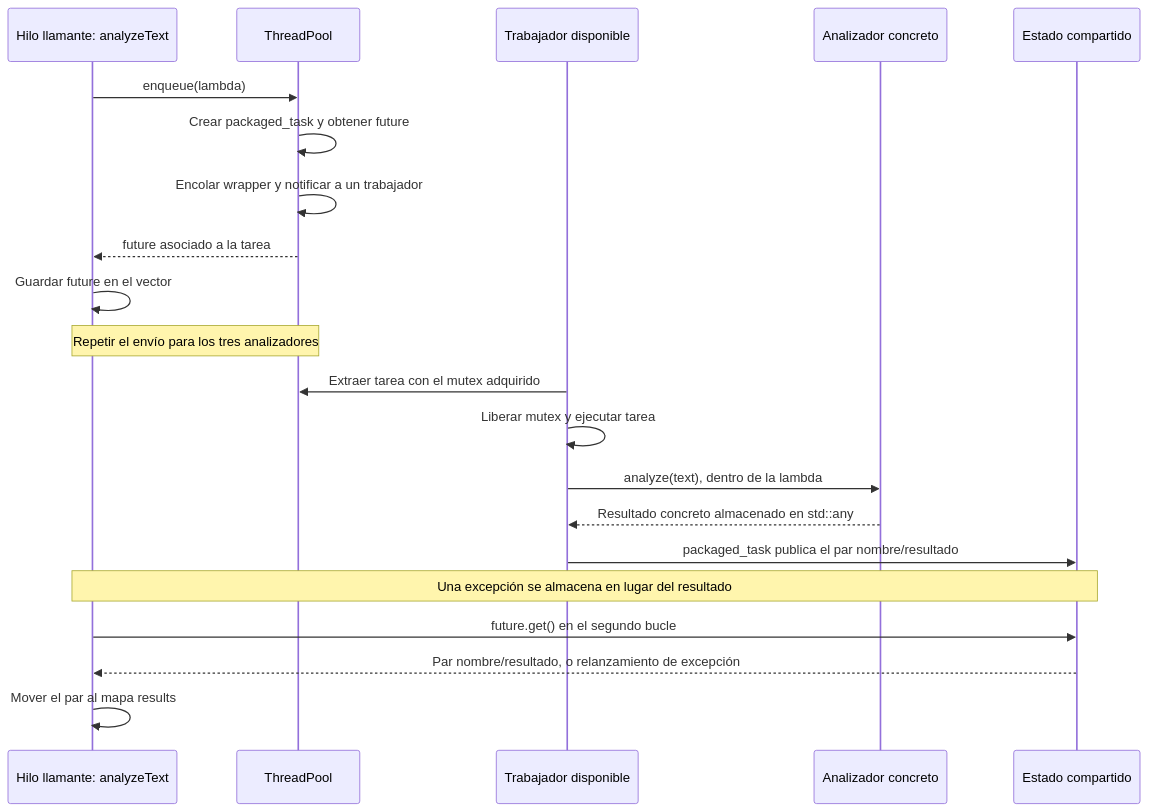
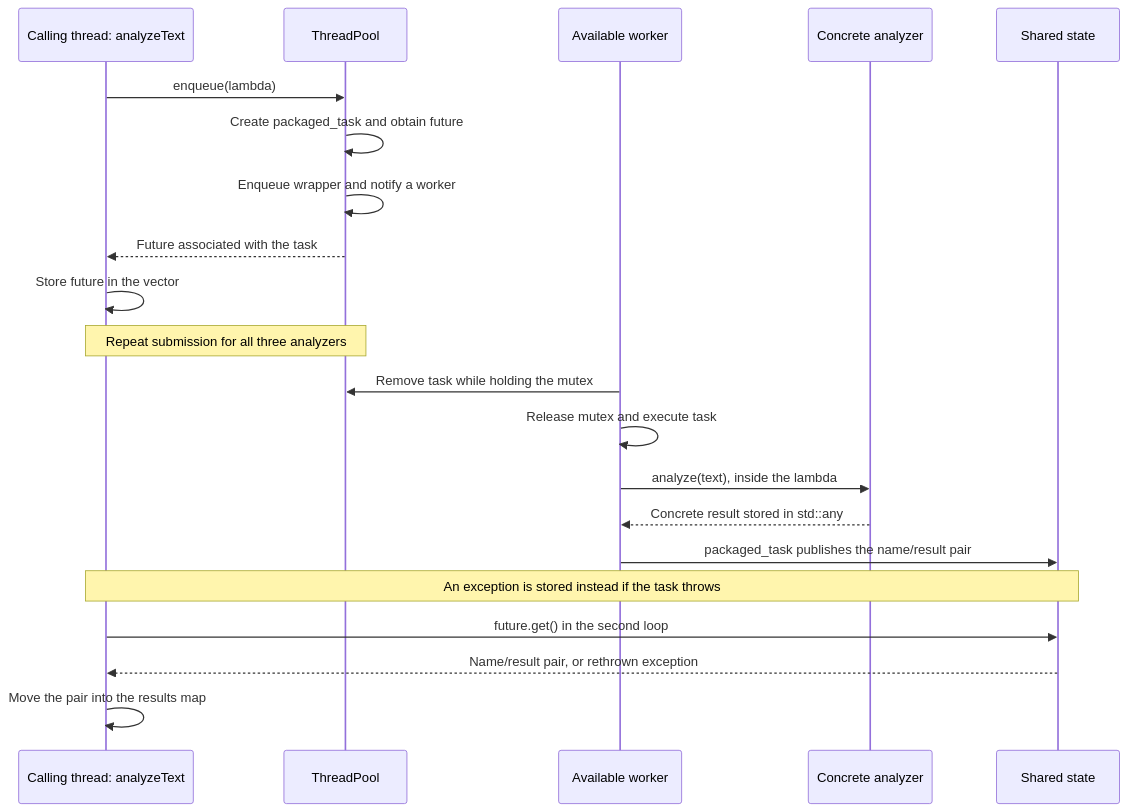
The fourth of 4 diagrams in TextAnalyzer/doc/TextAnalysisSystem_flow.md (RobertoVelazquezGit/AdvancedCppMod5Capstone), drawn with Mermaid before and after one commit. The commit also changed other lines of this file, not shown here.

Commit message:
Flow diagram english

````diff
--- a/TextAnalyzer/doc/TextAnalysisSystem_flow.md
+++ b/TextAnalyzer/doc/TextAnalysisSystem_flow.md
@@ -104,23 +104,23 @@
 ```mermaid
 sequenceDiagram
-    participant C as Hilo llamante: analyzeText
+    participant C as Calling thread: analyzeText
     participant P as ThreadPool
-    participant W as Trabajador disponible
-    participant A as Analizador concreto
-    participant S as Estado compartido
+    participant W as Available worker
+    participant A as Concrete analyzer
+    participant S as Shared state
     C->>P: enqueue(lambda)
-    P->>P: Crear packaged_task y obtener future
-    P->>P: Encolar wrapper y notificar a un trabajador
-    P-->>C: future asociado a la tarea
-    C->>C: Guardar future en el vector
-    Note over C,P: Repetir el envío para los tres analizadores
-    W->>P: Extraer tarea con el mutex adquirido
-    W->>W: Liberar mutex y ejecutar tarea
-    W->>A: analyze(text), dentro de la lambda
-    A-->>W: Resultado concreto almacenado en std::any
-    W->>S: packaged_task publica el par nombre/resultado
-    Note over C,S: Una excepción se almacena en lugar del resultado
-    C->>S: future.get() en el segundo bucle
-    S-->>C: Par nombre/resultado, o relanzamiento de excepción
-    C->>C: Mover el par al mapa results
+    P->>P: Create packaged_task and obtain future
+    P->>P: Enqueue wrapper and notify a worker
+    P-->>C: Future associated with the task
+    C->>C: Store future in the vector
+    Note over C,P: Repeat submission for all three analyzers
+    W->>P: Remove task while holding the mutex
+    W->>W: Release mutex and execute task
+    W->>A: analyze(text), inside the lambda
+    A-->>W: Concrete result stored in std::any
+    W->>S: packaged_task publishes the name/result pair
+    Note over C,S: An exception is stored instead if the task throws
+    C->>S: future.get() in the second loop
+    S-->>C: Name/result pair, or rethrown exception
+    C->>C: Move the pair into the results map
 ```
````
